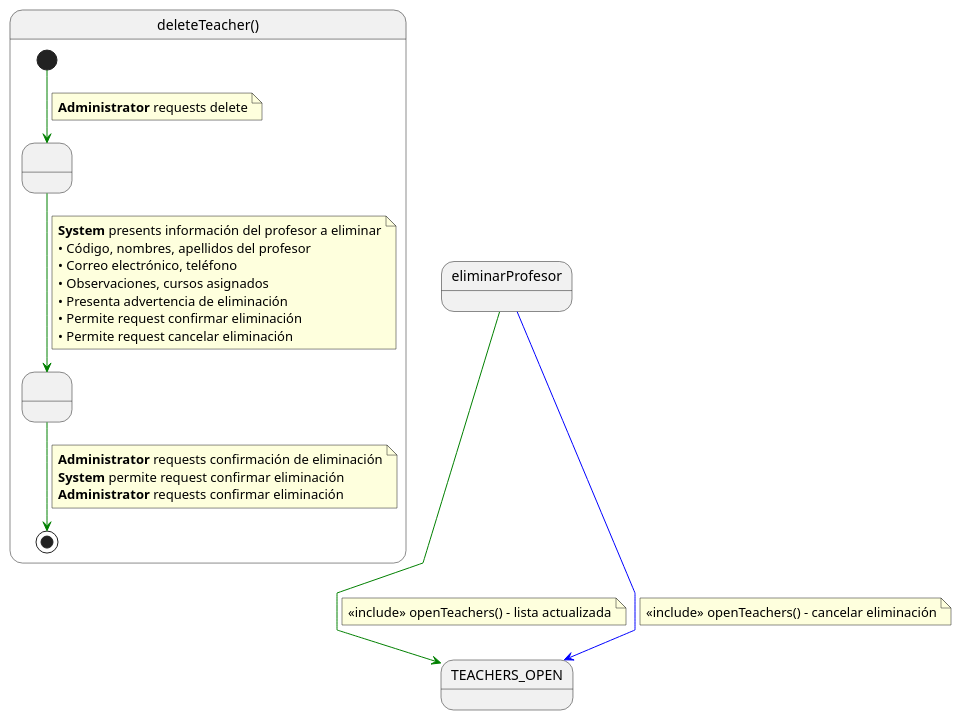
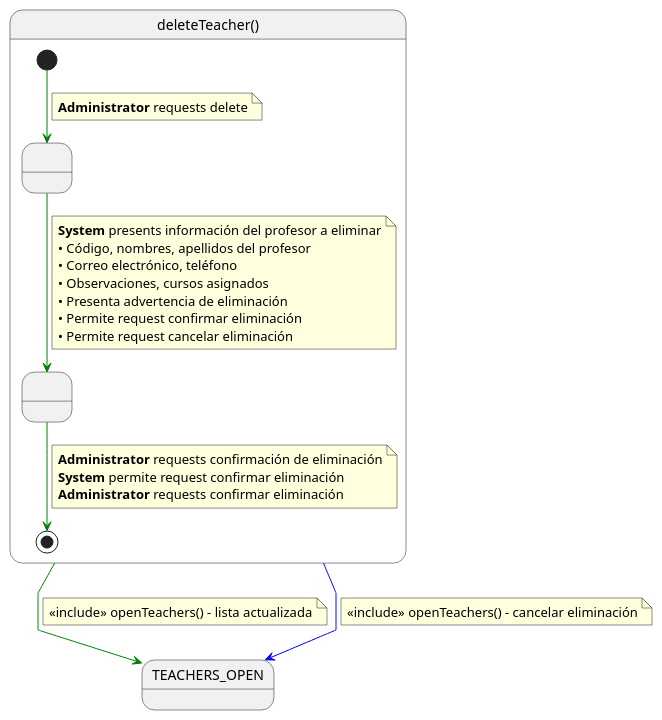
Before and after one commit to mmasias/pySigHor: the diagram in RUP/00-casos-uso/02-detalle/eliminarProfesor/especificacion.puml, drawn with PlantUML. The commit also changed 22 other files, not shown here.

```diff
--- a/RUP/00-casos-uso/02-detalle/eliminarProfesor/especificacion.puml
+++ b/RUP/00-casos-uso/02-detalle/eliminarProfesor/especificacion.puml
@@ -1,44 +1,44 @@
 @startuml deleteTeacher
 
 skinparam linetype polyline
 
 state deleteTeacher as "deleteTeacher()" {
 
     state " " as ConfirmandoEliminacion
     state " " as EliminandoProfesor
 
     [*] -[#green]-> ConfirmandoEliminacion 
     note on link
     <b>Administrator</b> requests delete
     end note    
     
     ConfirmandoEliminacion -[#green]-> EliminandoProfesor
     note on link
     <b>System</b> presents información del profesor a eliminar
     • Código, nombres, apellidos del profesor
     • Correo electrónico, teléfono
     • Observaciones, cursos asignados
     • Presenta advertencia de eliminación
     • Permite request confirmar eliminación
     • Permite request cancelar eliminación
     end note
     
     EliminandoProfesor -[#green]-> [*]
     note on link
     <b>Administrator</b> requests confirmación de eliminación
     <b>System</b> permite request confirmar eliminación
     <b>Administrator</b> requests confirmar eliminación
     end note
 }
 
-eliminarProfesor -[#green]-> TEACHERS_OPEN
+deleteTeacher -[#green]-> TEACHERS_OPEN
 note on link
 <<include>> openTeachers() - lista actualizada
 end note
 
-eliminarProfesor -[#blue]-> TEACHERS_OPEN
+deleteTeacher -[#blue]-> TEACHERS_OPEN
 note on link
 <<include>> openTeachers() - cancelar eliminación
 end note
 
 @enduml
```
